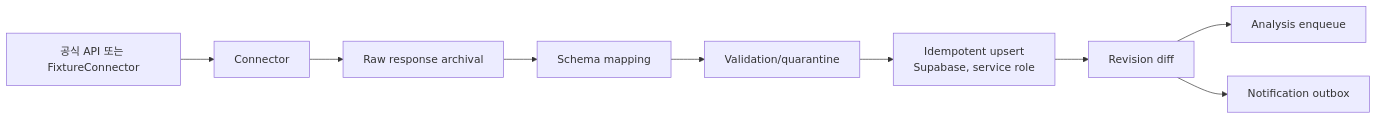
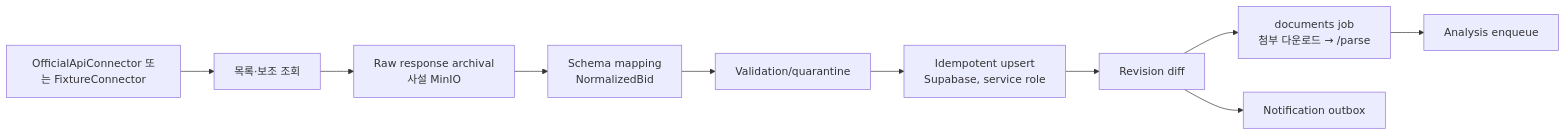
One commit to solideoai/sol-radar changed the diagram in docs/07-DATA-PIPELINE.md. Above: the diagram before and after it, drawn with Mermaid. The commit also changed other lines of this file and 21 other files, not shown here.

````diff
--- a/docs/07-DATA-PIPELINE.md
+++ b/docs/07-DATA-PIPELINE.md
@@ -30,11 +23,12 @@
 ```mermaid
 flowchart LR
- A[공식 API 또는 FixtureConnector] --> B[Connector]
- B --> C[Raw response archival]
- C --> D[Schema mapping]
+ A[OfficialApiConnector 또는 FixtureConnector] --> B[목록·보조 조회]
+ B --> C[Raw response archival<br/>사설 MinIO]
+ C --> D[Schema mapping<br/>NormalizedBid]
  D --> E[Validation/quarantine]
  E --> F[Idempotent upsert<br/>Supabase, service role]
  F --> G[Revision diff]
- G --> H[Analysis enqueue]
+ G --> J[documents job<br/>첨부 다운로드 → /parse]
+ J --> H[Analysis enqueue]
  G --> I[Notification outbox]
 ```
````
